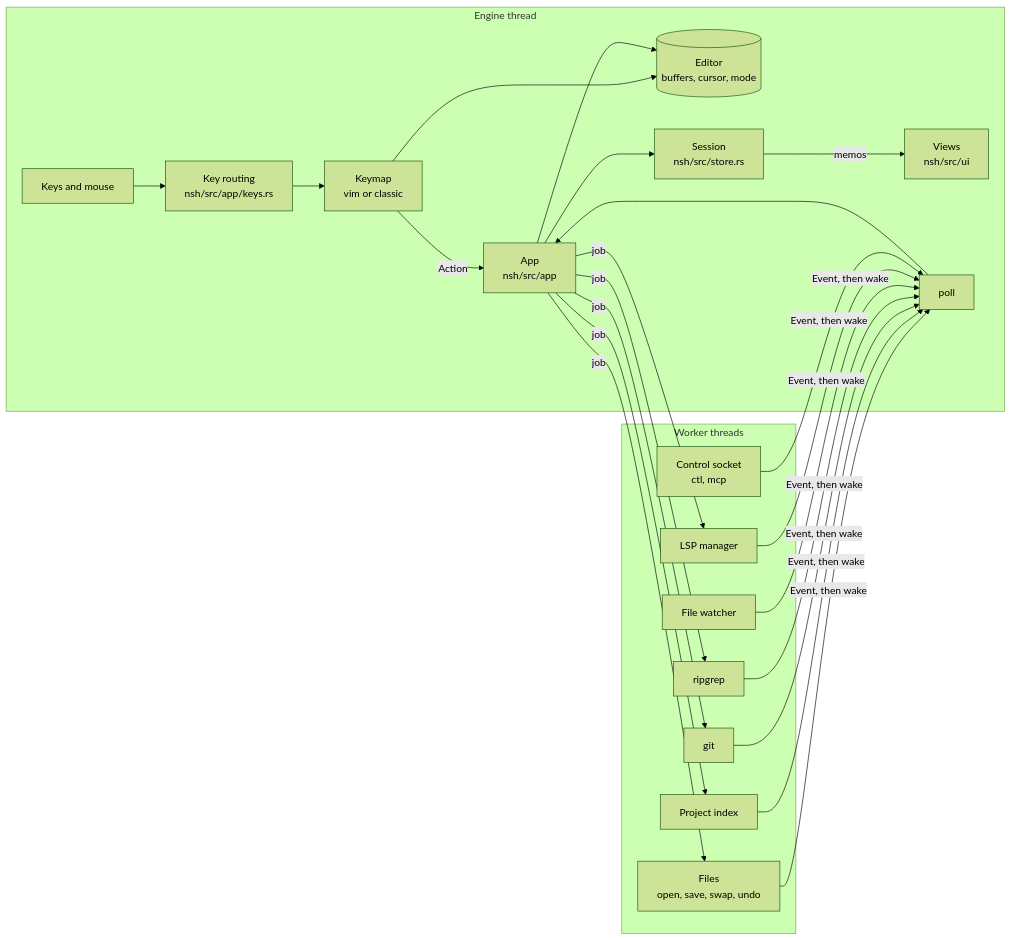
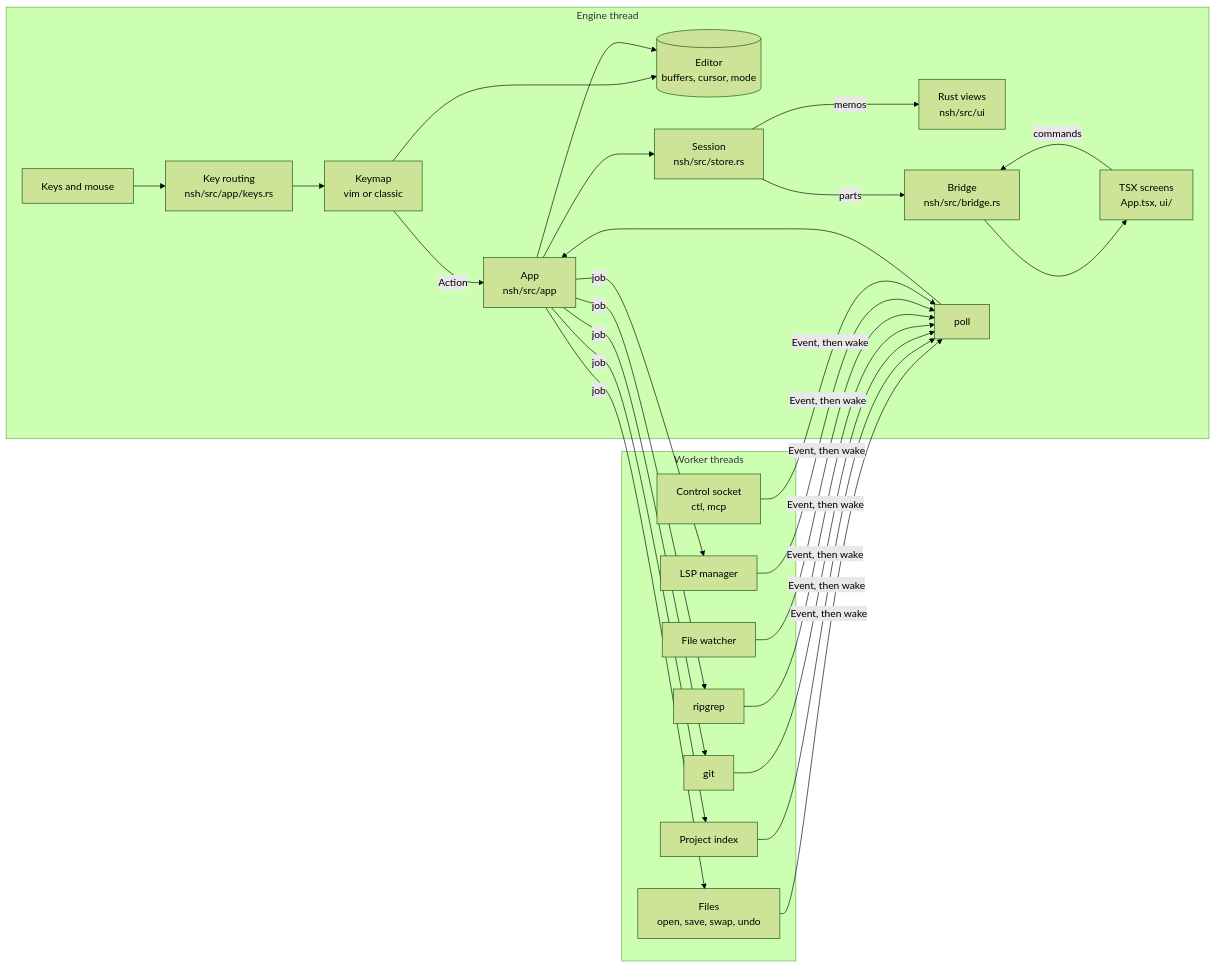
The diagram in docs/architecture.md (huacnlee/nsvim), drawn with Mermaid (forest theme) before and after one commit. The commit also changed other lines of this file and 6 other files, not shown here.

First line of the commit message:
Document the TSX screens, and drop the port plan

````diff
--- a/docs/architecture.md
+++ b/docs/architecture.md
@@ -9,24 +10,27 @@
 ```mermaid
 flowchart LR
     subgraph UI["Engine thread"]
         K[Keys and mouse] --> R[Key routing<br/>nsh/src/app/keys.rs]
         R --> KM[Keymap<br/>vim or classic]
         KM --> E[(Editor<br/>buffers, cursor, mode)]
         KM -->|Action| A[App<br/>nsh/src/app]
         A --> E
         A --> S[Session<br/>nsh/src/store.rs]
-        S -->|memos| V[Views<br/>nsh/src/ui]
+        S -->|memos| V[Rust views<br/>nsh/src/ui]
+        S -->|parts| B[Bridge<br/>nsh/src/bridge.rs]
+        B --> T[TSX screens<br/>App.tsx, ui/]
+        T -->|commands| B
         P[poll] --> A
     end
     subgraph W["Worker threads"]
         IO[Files<br/>open, save, swap, undo]
         IX[Project index]
         G[git]
         RG[ripgrep]
         FW[File watcher]
         L[LSP manager]
         C[Control socket<br/>ctl, mcp]
     end
     A -->|job| IO & IX & G & RG & L
     IO & IX & G & RG & FW & L & C -->|Event, then wake| P
 ```
````
